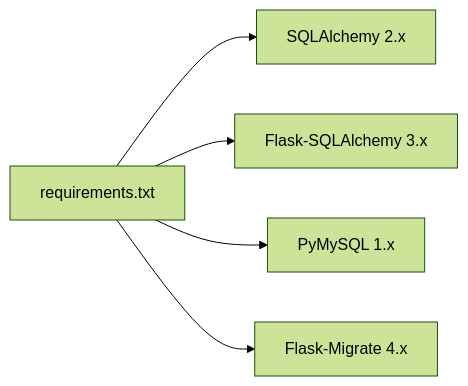
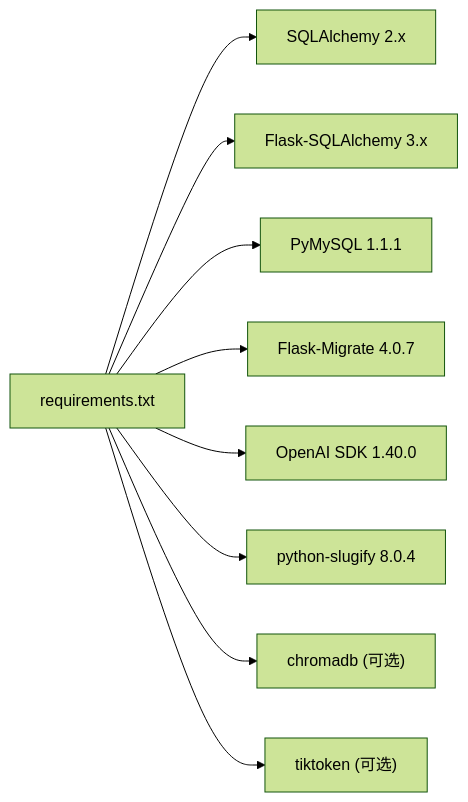
The seventh of 7 diagrams in .qoder/repowiki/zh/content/架构设计/数据持久化架构/数据持久化架构.md (beyondalbert/my_wiki), drawn with Mermaid (forest theme) before and after one commit. The commit also changed other lines of this file and 10 other files, not shown here.

````diff
--- a/.qoder/repowiki/zh/content/架构设计/数据持久化架构/数据持久化架构.md
+++ b/.qoder/repowiki/zh/content/架构设计/数据持久化架构/数据持久化架构.md
@@ -436,12 +501,20 @@
 ```mermaid
 graph LR
 REQ["requirements.txt"]
 SA["SQLAlchemy 2.x"]
 FSA["Flask-SQLAlchemy 3.x"]
-PM["PyMySQL 1.x"]
-FM["Flask-Migrate 4.x"]
+PM["PyMySQL 1.1.1"]
+FM["Flask-Migrate 4.0.7"]
+OPENAI["OpenAI SDK 1.40.0"]
+SLUGIFY["python-slugify 8.0.4"]
+CHROMA["chromadb (可选)"]
+TIKTOKEN["tiktoken (可选)"]
 REQ --> SA
 REQ --> FSA
 REQ --> PM
 REQ --> FM
+REQ --> OPENAI
+REQ --> SLUGIFY
+REQ --> CHROMA
+REQ --> TIKTOKEN
 ```
````
